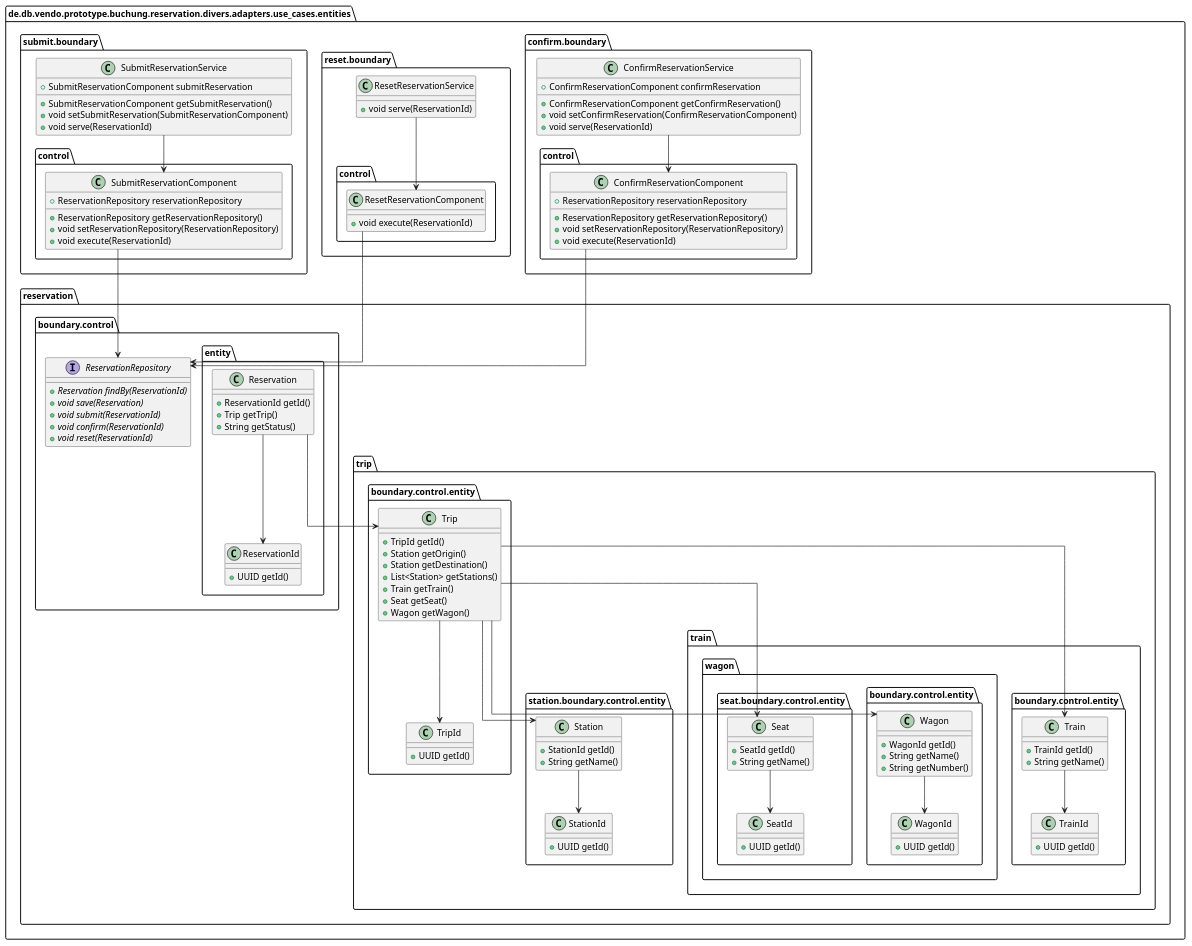
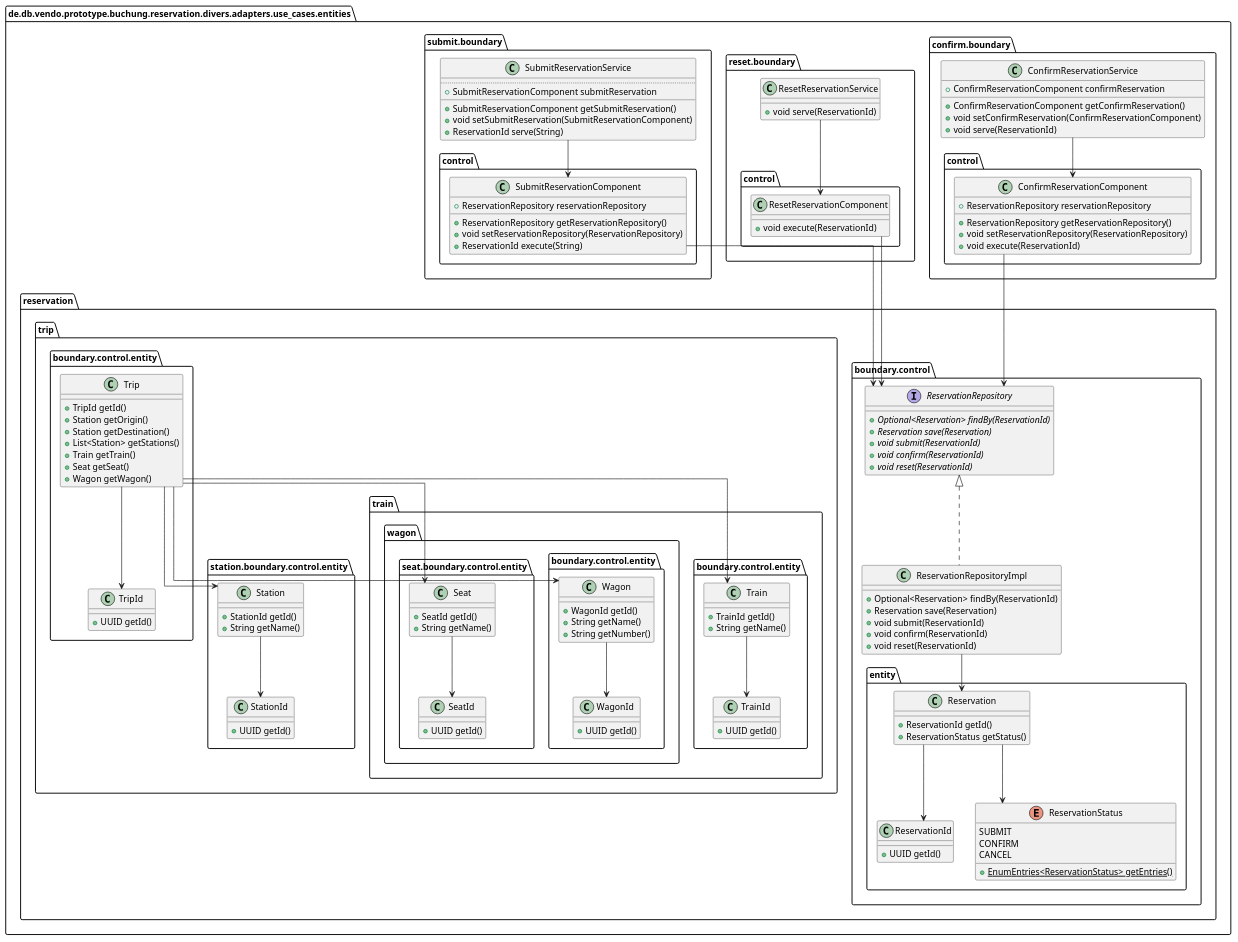
Before and after one commit to punkratz312/reservation-proto: the diagram in doc/uml/puml/entities.puml, drawn with PlantUML. The commit also changed 20 other files, not shown here.

```diff
--- a/doc/uml/puml/entities.puml
+++ b/doc/uml/puml/entities.puml
@@ -1,113 +1,129 @@
 @startuml
 !pragma useIntermediatePackages false
 skinparam linetype ortho
 show stereotype
 
 class "ConfirmReservationService" as de.db.vendo.prototype.buchung.reservation.divers.adapters.use_cases.entities.confirm.boundary.ConfirmReservationService {
   +ConfirmReservationComponent confirmReservation
   __
   +ConfirmReservationComponent getConfirmReservation()
   +void setConfirmReservation(ConfirmReservationComponent)
   +void serve(ReservationId)
 }
 class "ConfirmReservationComponent" as de.db.vendo.prototype.buchung.reservation.divers.adapters.use_cases.entities.confirm.boundary.control.ConfirmReservationComponent {
   +ReservationRepository reservationRepository
   __
   +ReservationRepository getReservationRepository()
   +void setReservationRepository(ReservationRepository)
   +void execute(ReservationId)
 }
 interface "ReservationRepository" as de.db.vendo.prototype.buchung.reservation.divers.adapters.use_cases.entities.reservation.boundary.control.ReservationRepository {
-  + {abstract}Reservation findBy(ReservationId)
-  + {abstract}void save(Reservation)
+  + {abstract}Optional<Reservation> findBy(ReservationId)
+  + {abstract}Reservation save(Reservation)
   + {abstract}void submit(ReservationId)
   + {abstract}void confirm(ReservationId)
   + {abstract}void reset(ReservationId)
 }
+class "ReservationRepositoryImpl" as de.db.vendo.prototype.buchung.reservation.divers.adapters.use_cases.entities.reservation.boundary.control.ReservationRepositoryImpl {
+  +Optional<Reservation> findBy(ReservationId)
+  +Reservation save(Reservation)
+  +void submit(ReservationId)
+  +void confirm(ReservationId)
+  +void reset(ReservationId)
+}
 class "Reservation" as de.db.vendo.prototype.buchung.reservation.divers.adapters.use_cases.entities.reservation.boundary.control.entity.Reservation {
   +ReservationId getId()
-  +Trip getTrip()
-  +String getStatus()
+  +ReservationStatus getStatus()
 }
 class "ReservationId" as de.db.vendo.prototype.buchung.reservation.divers.adapters.use_cases.entities.reservation.boundary.control.entity.ReservationId {
   +UUID getId()
+}
+enum "ReservationStatus" as de.db.vendo.prototype.buchung.reservation.divers.adapters.use_cases.entities.reservation.boundary.control.entity.ReservationStatus {
+  SUBMIT
+  CONFIRM
+  CANCEL
+  __
+  + {static}EnumEntries<ReservationStatus> getEntries()
 }
 class "Trip" as de.db.vendo.prototype.buchung.reservation.divers.adapters.use_cases.entities.reservation.trip.boundary.control.entity.Trip {
   +TripId getId()
   +Station getOrigin()
   +Station getDestination()
   +List<Station> getStations()
   +Train getTrain()
   +Seat getSeat()
   +Wagon getWagon()
 }
 class "TripId" as de.db.vendo.prototype.buchung.reservation.divers.adapters.use_cases.entities.reservation.trip.boundary.control.entity.TripId {
   +UUID getId()
 }
 class "Station" as de.db.vendo.prototype.buchung.reservation.divers.adapters.use_cases.entities.reservation.trip.station.boundary.control.entity.Station {
   +StationId getId()
   +String getName()
 }
 class "StationId" as de.db.vendo.prototype.buchung.reservation.divers.adapters.use_cases.entities.reservation.trip.station.boundary.control.entity.StationId {
   +UUID getId()
 }
 class "Train" as de.db.vendo.prototype.buchung.reservation.divers.adapters.use_cases.entities.reservation.trip.train.boundary.control.entity.Train {
   +TrainId getId()
   +String getName()
 }
 class "TrainId" as de.db.vendo.prototype.buchung.reservation.divers.adapters.use_cases.entities.reservation.trip.train.boundary.control.entity.TrainId {
   +UUID getId()
 }
 class "Wagon" as de.db.vendo.prototype.buchung.reservation.divers.adapters.use_cases.entities.reservation.trip.train.wagon.boundary.control.entity.Wagon {
   +WagonId getId()
   +String getName()
   +String getNumber()
 }
 class "WagonId" as de.db.vendo.prototype.buchung.reservation.divers.adapters.use_cases.entities.reservation.trip.train.wagon.boundary.control.entity.WagonId {
   +UUID getId()
 }
 class "Seat" as de.db.vendo.prototype.buchung.reservation.divers.adapters.use_cases.entities.reservation.trip.train.wagon.seat.boundary.control.entity.Seat {
   +SeatId getId()
   +String getName()
 }
 class "SeatId" as de.db.vendo.prototype.buchung.reservation.divers.adapters.use_cases.entities.reservation.trip.train.wagon.seat.boundary.control.entity.SeatId {
   +UUID getId()
 }
 class "ResetReservationService" as de.db.vendo.prototype.buchung.reservation.divers.adapters.use_cases.entities.reset.boundary.ResetReservationService {
   +void serve(ReservationId)
 }
 class "ResetReservationComponent" as de.db.vendo.prototype.buchung.reservation.divers.adapters.use_cases.entities.reset.boundary.control.ResetReservationComponent {
   +void execute(ReservationId)
 }
 class "SubmitReservationService" as de.db.vendo.prototype.buchung.reservation.divers.adapters.use_cases.entities.submit.boundary.SubmitReservationService {
+  ..
   +SubmitReservationComponent submitReservation
   __
   +SubmitReservationComponent getSubmitReservation()
   +void setSubmitReservation(SubmitReservationComponent)
-  +void serve(ReservationId)
+  +ReservationId serve(String)
 }
 class "SubmitReservationComponent" as de.db.vendo.prototype.buchung.reservation.divers.adapters.use_cases.entities.submit.boundary.control.SubmitReservationComponent {
   +ReservationRepository reservationRepository
   __
   +ReservationRepository getReservationRepository()
   +void setReservationRepository(ReservationRepository)
-  +void execute(ReservationId)
+  +ReservationId execute(String)
 }
 de.db.vendo.prototype.buchung.reservation.divers.adapters.use_cases.entities.confirm.boundary.ConfirmReservationService --> de.db.vendo.prototype.buchung.reservation.divers.adapters.use_cases.entities.confirm.boundary.control.ConfirmReservationComponent
 de.db.vendo.prototype.buchung.reservation.divers.adapters.use_cases.entities.confirm.boundary.control.ConfirmReservationComponent --> de.db.vendo.prototype.buchung.reservation.divers.adapters.use_cases.entities.reservation.boundary.control.ReservationRepository
-de.db.vendo.prototype.buchung.reservation.divers.adapters.use_cases.entities.reservation.boundary.control.entity.Reservation --> de.db.vendo.prototype.buchung.reservation.divers.adapters.use_cases.entities.reservation.trip.boundary.control.entity.Trip
+de.db.vendo.prototype.buchung.reservation.divers.adapters.use_cases.entities.reservation.boundary.control.ReservationRepositoryImpl .u.|> de.db.vendo.prototype.buchung.reservation.divers.adapters.use_cases.entities.reservation.boundary.control.ReservationRepository
+de.db.vendo.prototype.buchung.reservation.divers.adapters.use_cases.entities.reservation.boundary.control.ReservationRepositoryImpl --> de.db.vendo.prototype.buchung.reservation.divers.adapters.use_cases.entities.reservation.boundary.control.entity.Reservation
 de.db.vendo.prototype.buchung.reservation.divers.adapters.use_cases.entities.reservation.boundary.control.entity.Reservation --> de.db.vendo.prototype.buchung.reservation.divers.adapters.use_cases.entities.reservation.boundary.control.entity.ReservationId
+de.db.vendo.prototype.buchung.reservation.divers.adapters.use_cases.entities.reservation.boundary.control.entity.Reservation --> de.db.vendo.prototype.buchung.reservation.divers.adapters.use_cases.entities.reservation.boundary.control.entity.ReservationStatus
 de.db.vendo.prototype.buchung.reservation.divers.adapters.use_cases.entities.reservation.trip.boundary.control.entity.Trip --> de.db.vendo.prototype.buchung.reservation.divers.adapters.use_cases.entities.reservation.trip.boundary.control.entity.TripId
 de.db.vendo.prototype.buchung.reservation.divers.adapters.use_cases.entities.reservation.trip.boundary.control.entity.Trip --> de.db.vendo.prototype.buchung.reservation.divers.adapters.use_cases.entities.reservation.trip.station.boundary.control.entity.Station
 de.db.vendo.prototype.buchung.reservation.divers.adapters.use_cases.entities.reservation.trip.boundary.control.entity.Trip --> de.db.vendo.prototype.buchung.reservation.divers.adapters.use_cases.entities.reservation.trip.train.wagon.seat.boundary.control.entity.Seat
 de.db.vendo.prototype.buchung.reservation.divers.adapters.use_cases.entities.reservation.trip.boundary.control.entity.Trip --> de.db.vendo.prototype.buchung.reservation.divers.adapters.use_cases.entities.reservation.trip.train.boundary.control.entity.Train
 de.db.vendo.prototype.buchung.reservation.divers.adapters.use_cases.entities.reservation.trip.boundary.control.entity.Trip --> de.db.vendo.prototype.buchung.reservation.divers.adapters.use_cases.entities.reservation.trip.train.wagon.boundary.control.entity.Wagon
 de.db.vendo.prototype.buchung.reservation.divers.adapters.use_cases.entities.reservation.trip.station.boundary.control.entity.Station --> de.db.vendo.prototype.buchung.reservation.divers.adapters.use_cases.entities.reservation.trip.station.boundary.control.entity.StationId
 de.db.vendo.prototype.buchung.reservation.divers.adapters.use_cases.entities.reservation.trip.train.boundary.control.entity.Train --> de.db.vendo.prototype.buchung.reservation.divers.adapters.use_cases.entities.reservation.trip.train.boundary.control.entity.TrainId
 de.db.vendo.prototype.buchung.reservation.divers.adapters.use_cases.entities.reservation.trip.train.wagon.boundary.control.entity.Wagon --> de.db.vendo.prototype.buchung.reservation.divers.adapters.use_cases.entities.reservation.trip.train.wagon.boundary.control.entity.WagonId
 de.db.vendo.prototype.buchung.reservation.divers.adapters.use_cases.entities.reservation.trip.train.wagon.seat.boundary.control.entity.Seat --> de.db.vendo.prototype.buchung.reservation.divers.adapters.use_cases.entities.reservation.trip.train.wagon.seat.boundary.control.entity.SeatId
 de.db.vendo.prototype.buchung.reservation.divers.adapters.use_cases.entities.reset.boundary.ResetReservationService --> de.db.vendo.prototype.buchung.reservation.divers.adapters.use_cases.entities.reset.boundary.control.ResetReservationComponent
 de.db.vendo.prototype.buchung.reservation.divers.adapters.use_cases.entities.reset.boundary.control.ResetReservationComponent --> de.db.vendo.prototype.buchung.reservation.divers.adapters.use_cases.entities.reservation.boundary.control.ReservationRepository
 de.db.vendo.prototype.buchung.reservation.divers.adapters.use_cases.entities.submit.boundary.SubmitReservationService --> de.db.vendo.prototype.buchung.reservation.divers.adapters.use_cases.entities.submit.boundary.control.SubmitReservationComponent
 de.db.vendo.prototype.buchung.reservation.divers.adapters.use_cases.entities.submit.boundary.control.SubmitReservationComponent --> de.db.vendo.prototype.buchung.reservation.divers.adapters.use_cases.entities.reservation.boundary.control.ReservationRepository
 @enduml
```
